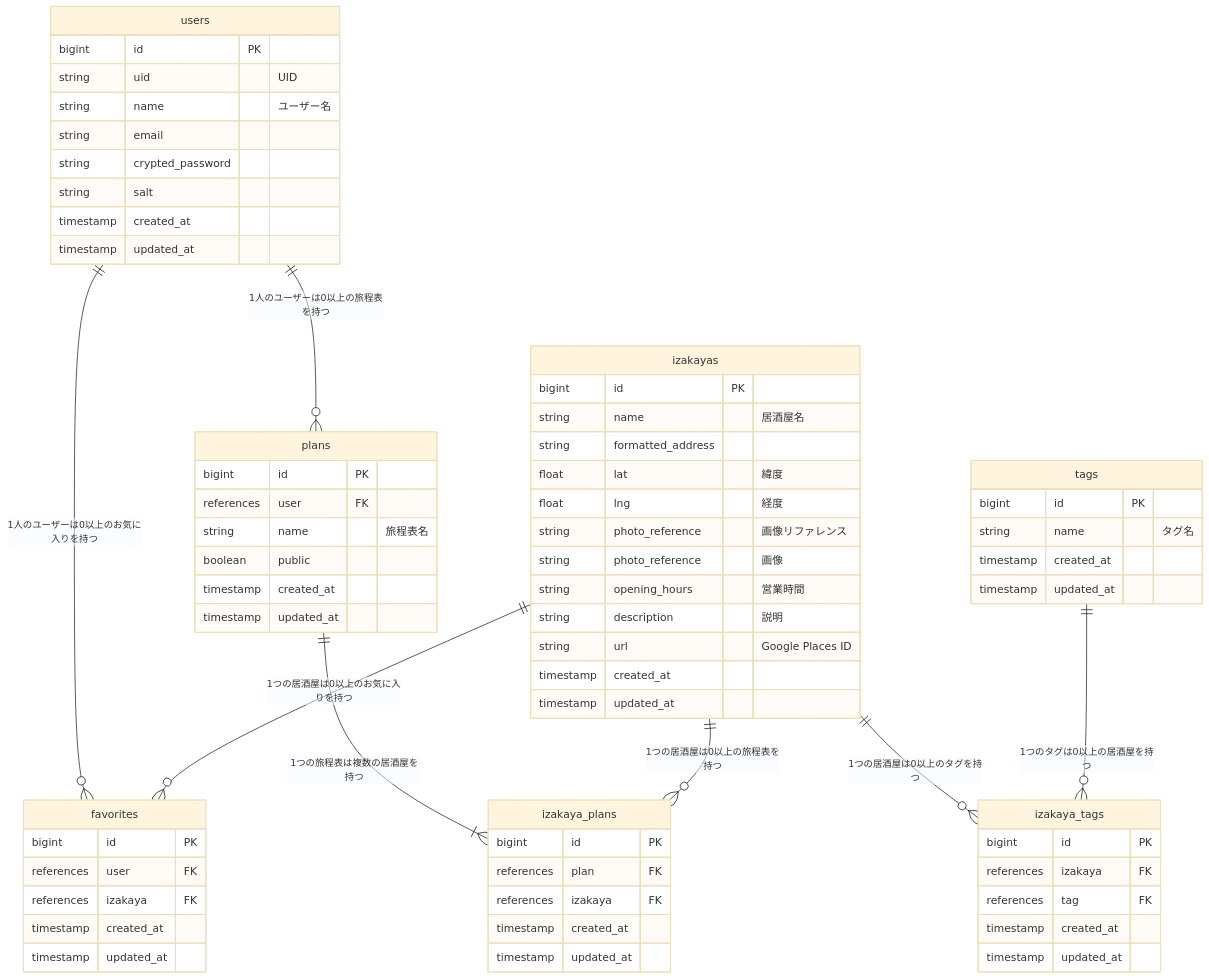
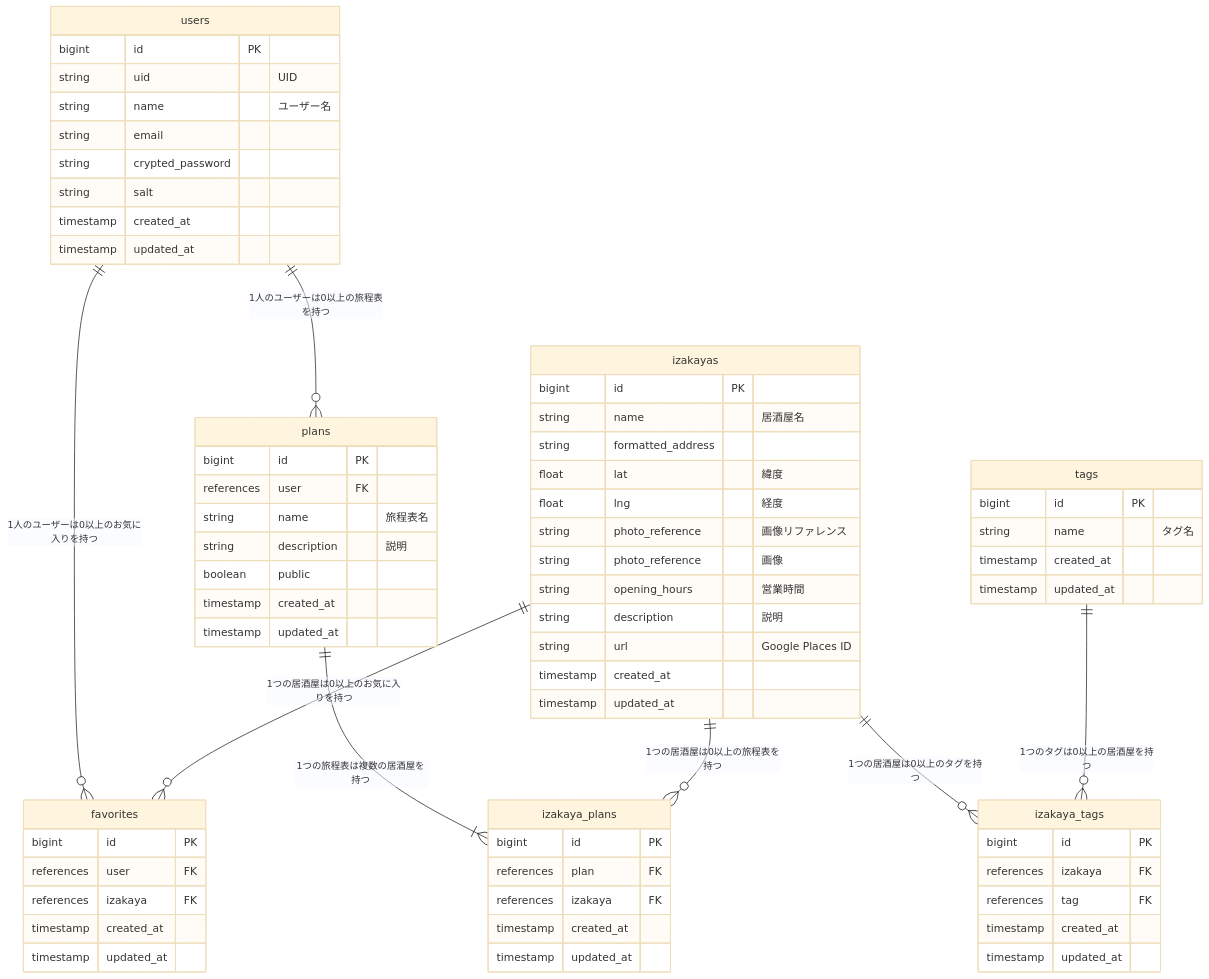
The diagram in README.md (nao-enpg/Nishinari_Izakaya_Crawl), drawn with Mermaid (base theme) before and after one commit.

Commit message:
README更新

````diff
--- a/README.md
+++ b/README.md
@@ -87,76 +87,77 @@
 ```mermaid
 erDiagram
   users ||--o{ favorites : "1人のユーザーは0以上のお気に入りを持つ"
   users ||--o{ plans : "1人のユーザーは0以上の旅程表を持つ"
   izakayas ||--o{ favorites : "1つの居酒屋は0以上のお気に入りを持つ"
   izakayas ||--o{ izakaya_tags : "1つの居酒屋は0以上のタグを持つ"
   tags ||--o{ izakaya_tags : "1つのタグは0以上の居酒屋を持つ"
   plans ||--|{ izakaya_plans : "1つの旅程表は複数の居酒屋を持つ"
   izakayas ||--o{ izakaya_plans : "1つの居酒屋は0以上の旅程表を持つ"
 
   users {
     bigint id PK
     string uid "UID"
     string name "ユーザー名"
     string email
     string crypted_password
     string salt
     timestamp created_at
     timestamp updated_at
   }
 
   izakayas {
     bigint id PK
     string name "居酒屋名"
     string formatted_address
     float lat "緯度"
     float lng "経度"
     string photo_reference "画像リファレンス"
     string photo_reference "画像"
     string opening_hours "営業時間"
     string description "説明"
     string url "Google Places ID"
     timestamp created_at
     timestamp updated_at
   }
 
   tags {
     bigint id PK
     string name "タグ名"
     timestamp created_at
     timestamp updated_at
   }
 
   favorites {
     bigint id PK
     references user FK
     references izakaya FK
     timestamp created_at
     timestamp updated_at
   }
 
   plans {
     bigint id PK
     references user FK
     string name "旅程表名"
+    string description "説明"
     boolean public
     timestamp created_at
     timestamp updated_at
   }
 
   izakaya_tags {
     bigint id PK
     references izakaya FK
     references tag FK
     timestamp created_at
     timestamp updated_at
   }
 
   izakaya_plans {
     bigint id PK
     references plan FK
     references izakaya FK
     timestamp created_at
     timestamp updated_at
   }
 ```
````
